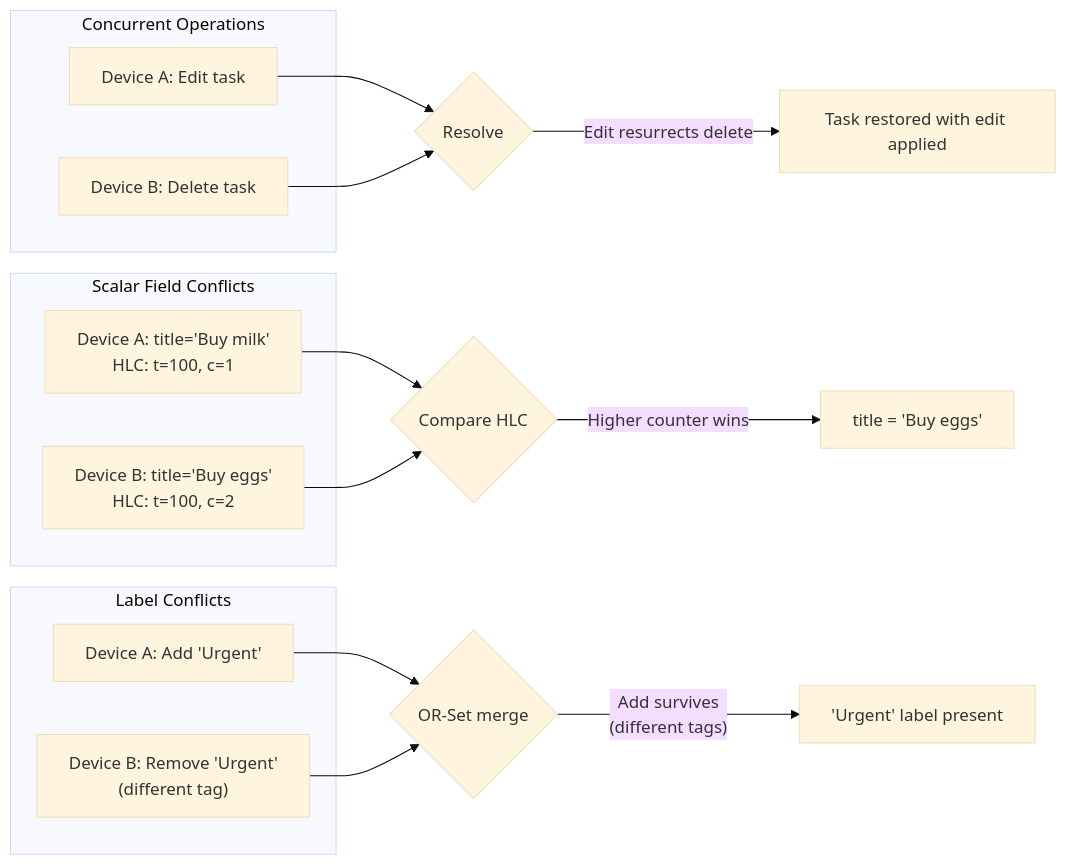
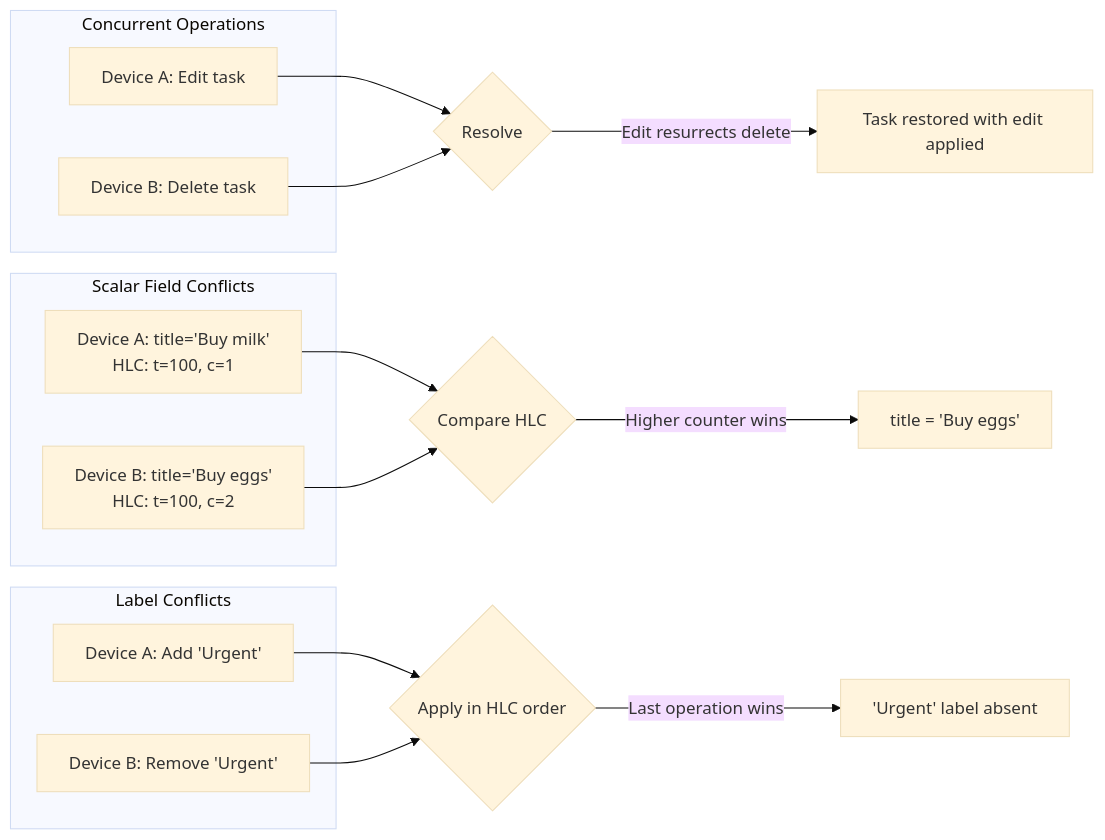
Before and after one commit to vasi1796/doit: the second of 4 diagrams in docs/diagrams/005-task-lifecycle.md, drawn with Mermaid (base theme). The commit also changed other lines of this file and 35 other files, not shown here.

First line of the commit message:
fix: sign-out wipe, drag correctness, redelivery merge, OR-Set removal (#28)

````diff
--- a/docs/diagrams/005-task-lifecycle.md
+++ b/docs/diagrams/005-task-lifecycle.md
@@ -45,30 +45,30 @@
 ```mermaid
 flowchart LR
     subgraph Concurrent["Concurrent Operations"]
         A["Device A: Edit task"]
         B["Device B: Delete task"]
     end
 
     A --> R{Resolve}
     B --> R
 
     R -->|"Edit resurrects delete"| W1["Task restored with edit applied"]
 
     subgraph LWW["Scalar Field Conflicts"]
         C["Device A: title='Buy milk'<br/>HLC: t=100, c=1"]
         D["Device B: title='Buy eggs'<br/>HLC: t=100, c=2"]
     end
 
     C --> R2{Compare HLC}
     D --> R2
     R2 -->|"Higher counter wins"| W2["title = 'Buy eggs'"]
 
-    subgraph ORSet["Label Conflicts"]
+    subgraph Labels["Label Conflicts"]
         E["Device A: Add 'Urgent'"]
-        F["Device B: Remove 'Urgent'<br/>(different tag)"]
+        F["Device B: Remove 'Urgent'"]
     end
 
-    E --> R3{OR-Set merge}
+    E --> R3{Apply in HLC order}
     F --> R3
-    R3 -->|"Add survives<br/>(different tags)"| W3["'Urgent' label present"]
+    R3 -->|"Last operation wins"| W3["'Urgent' label absent"]
 ```
````
